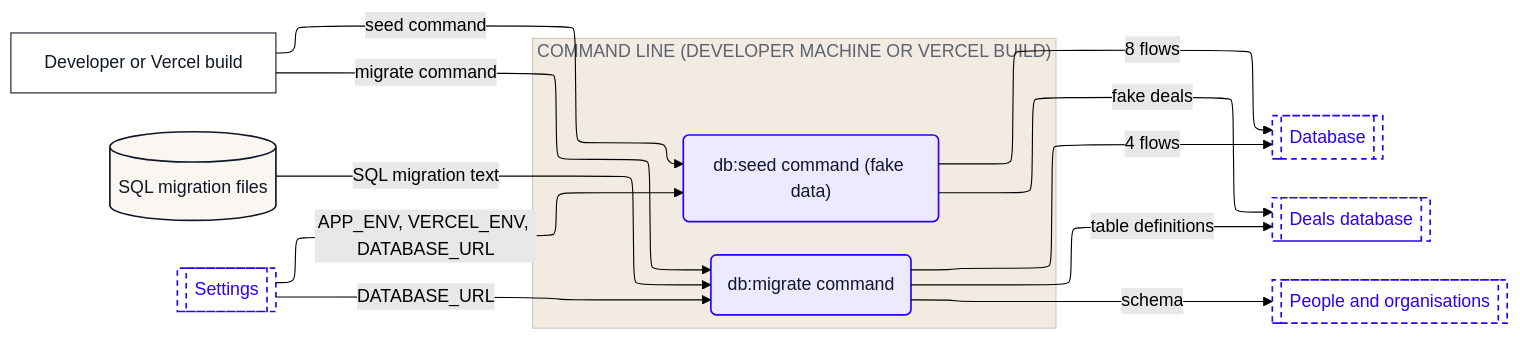
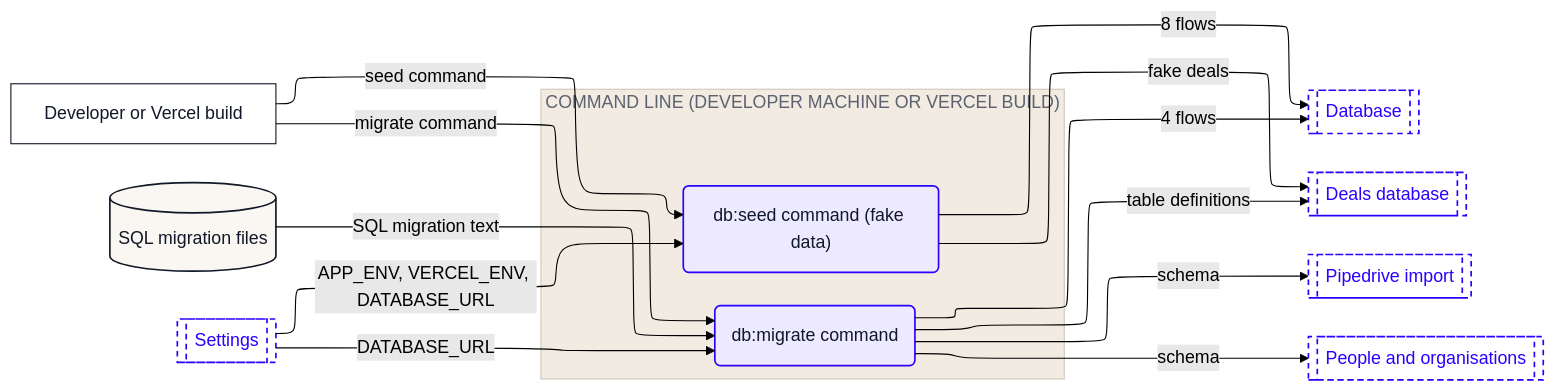
Before and after one commit to Romain-Perche/Barnacle-Pipe: the fourth of 12 diagrams in dataflow/DATAFLOW.md, drawn with Mermaid (forest theme). The commit also changed other lines of this file and 12 other files, not shown here.

````diff
--- a/dataflow/DATAFLOW.md
+++ b/dataflow/DATAFLOW.md
@@ -255,38 +280,40 @@
 ```mermaid
 ---
 config:
   layout: elk
 ---
 flowchart LR
     n1["Developer or Vercel build"]
     n2[("SQL migration files")]
     subgraph z1["COMMAND LINE (DEVELOPER MACHINE OR VERCEL BUILD)"]
         n3("db:migrate command")
         n4("db:seed command (fake data)")
     end
     n5[["Database"]]
     n6[["Deals database"]]
-    n7[["People and organisations"]]
-    n8[["Settings"]]
+    n7[["Pipedrive import"]]
+    n8[["People and organisations"]]
+    n9[["Settings"]]
     n1 -->|"migrate command"| n3
     n1 -->|"seed command"| n4
-    n8 -->|"DATABASE_URL"| n3
-    n8 -->|"APP_ENV, VERCEL_ENV, DATABASE_URL"| n4
+    n9 -->|"DATABASE_URL"| n3
+    n9 -->|"APP_ENV, VERCEL_ENV, DATABASE_URL"| n4
     n3 -->|"4 flows"| n5
     n3 -->|"table definitions"| n6
+    n3 -->|"schema"| n8
     n3 -->|"schema"| n7
     n2 -->|"SQL migration text"| n3
     n4 -->|"8 flows"| n5
     n4 -->|"fake deals"| n6
     classDef actor fill:#FFFFFF,stroke:#111827,stroke-width:1px,color:#111827
     classDef process fill:#EDEAFF,stroke:#2B00FF,stroke-width:1.5px,color:#111827
     classDef store fill:#FAF6F1,stroke:#111827,stroke-width:1.5px,color:#111827
     classDef zone fill:#1A1A1A,stroke:#1A1A1A,color:#FFFFFF
     classDef group fill:#2B00FF,stroke:#2B00FF,color:#FFFFFF
     classDef stub fill:#FFFFFF,stroke:#2B00FF,stroke-width:1.5px,stroke-dasharray:5 4,color:#2B00FF
     class n1 actor
     class n3,n4 process
     class n2 store
-    class n5,n6,n7,n8 stub
+    class n5,n6,n7,n8,n9 stub
     style z1 fill:#F1EBE2,stroke:#CFC7BB,color:#5D6270
 ```
````
